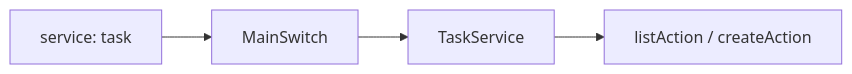
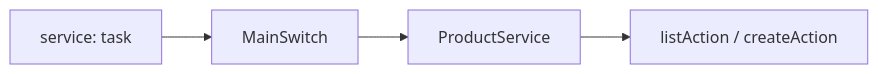
The diagram in content/docs/documentation/building-api/services.md (PioniaPHP-project/pionia-docs), drawn with Mermaid before and after one commit. The commit also changed other lines of this file and 268 other files, not shown here.

```diff
--- a/content/docs/documentation/building-api/services.md
+++ b/content/docs/documentation/building-api/services.md
@@ -38,6 +38,6 @@
 {{< mermaid >}}
 flowchart LR
   JSON["service: task"] --> Switch[MainSwitch]
-  Switch --> Class[TaskService]
+  Switch --> Class[ProductService]
   Class --> Actions["listAction / createAction"]
 {{< /mermaid >}}
```
